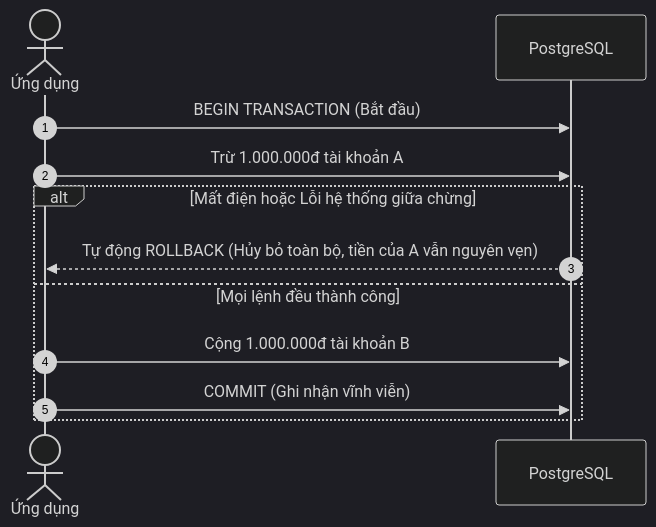
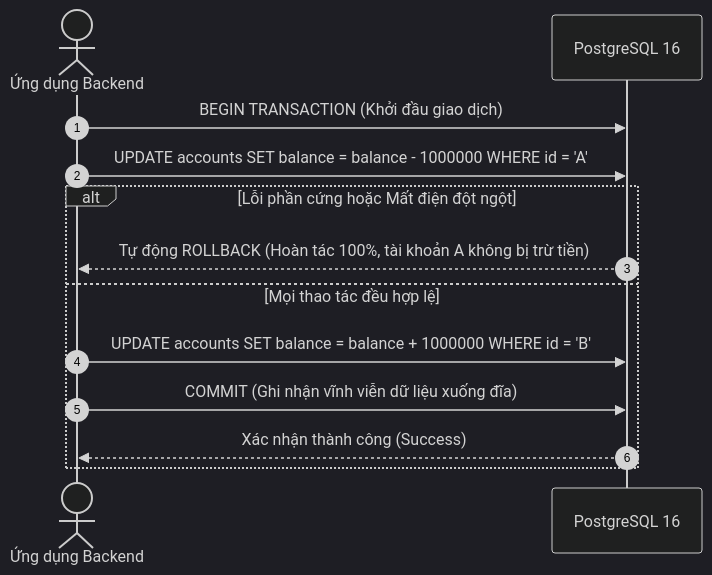
The seventh of 10 diagrams in database/Database.md (ThanhPhongvipvip/Tutorial), drawn with Mermaid (dark theme) before and after one commit. The commit also changed other lines of this file and 1 other file, not shown here.

Commit message:
15th commit

````diff
--- a/database/Database.md
+++ b/database/Database.md
@@ -422,14 +830,15 @@
 ```mermaid
 sequenceDiagram
     autonumber
-    actor User as Ứng dụng
-    participant DB as PostgreSQL
-    User->>DB: BEGIN TRANSACTION (Bắt đầu)
-    User->>DB: Trừ 1.000.000đ tài khoản A
-    alt Mất điện hoặc Lỗi hệ thống giữa chừng
-        DB-->>User: Tự động ROLLBACK (Hủy bỏ toàn bộ, tiền của A vẫn nguyên vẹn)
-    else Mọi lệnh đều thành công
-        User->>DB: Cộng 1.000.000đ tài khoản B
-        User->>DB: COMMIT (Ghi nhận vĩnh viễn)
+    actor App as Ứng dụng Backend
+    participant DB as PostgreSQL 16
+    App->>DB: BEGIN TRANSACTION (Khởi đầu giao dịch)
+    App->>DB: UPDATE accounts SET balance = balance - 1000000 WHERE id = 'A'
+    alt Lỗi phần cứng hoặc Mất điện đột ngột
+        DB-->>App: Tự động ROLLBACK (Hoàn tác 100%, tài khoản A không bị trừ tiền)
+    else Mọi thao tác đều hợp lệ
+        App->>DB: UPDATE accounts SET balance = balance + 1000000 WHERE id = 'B'
+        App->>DB: COMMIT (Ghi nhận vĩnh viễn dữ liệu xuống đĩa)
+        DB-->>App: Xác nhận thành công (Success)
     end
 ```
````
